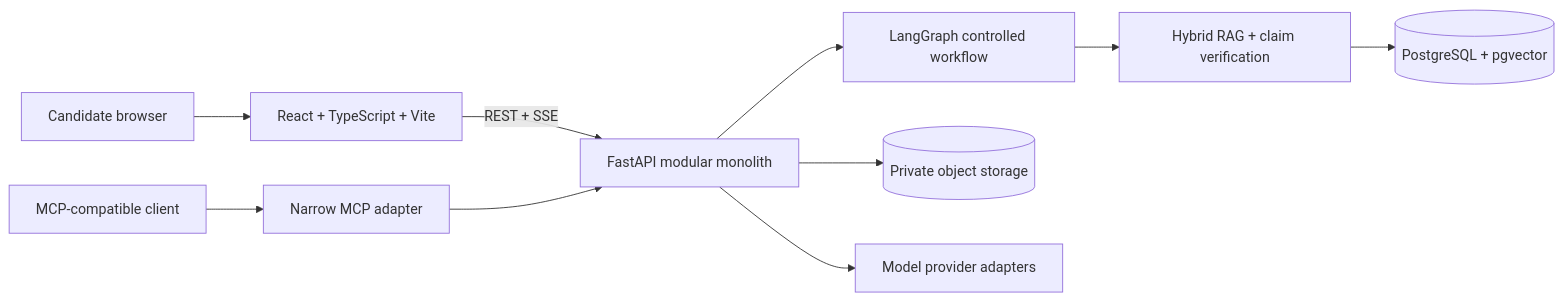
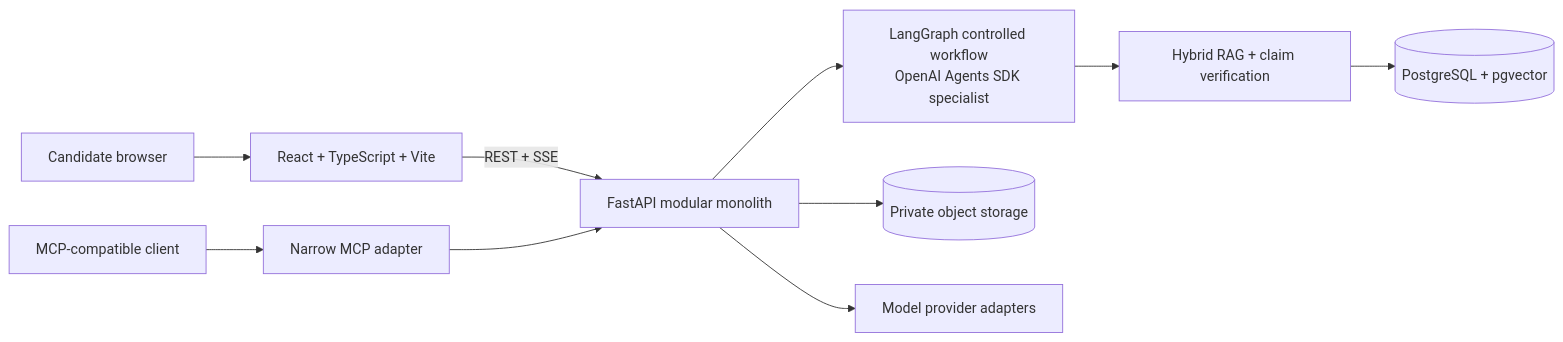
One commit to TheeHarpreet/gradpath-ai changed the fourth of 4 diagrams in README.md. Above: the diagram before and after it, drawn with Mermaid. The commit also changed other lines of this file and 23 other files, not shown here.

````diff
--- a/README.md
+++ b/README.md
@@ -228,12 +229,12 @@
 ```mermaid
 flowchart LR
     Browser["Candidate browser"] --> Web["React + TypeScript + Vite"]
     Web -->|"REST + SSE"| API["FastAPI modular monolith"]
-    API --> Agent["LangGraph controlled workflow"]
+    API --> Agent["LangGraph controlled workflow<br/>OpenAI Agents SDK specialist"]
     Agent --> RAG["Hybrid RAG + claim verification"]
     RAG --> DB[("PostgreSQL + pgvector")]
     API --> Objects[("Private object storage")]
     API --> Models["Model provider adapters"]
     MCPClient["MCP-compatible client"] --> MCP["Narrow MCP adapter"]
     MCP --> API
 ```
````
